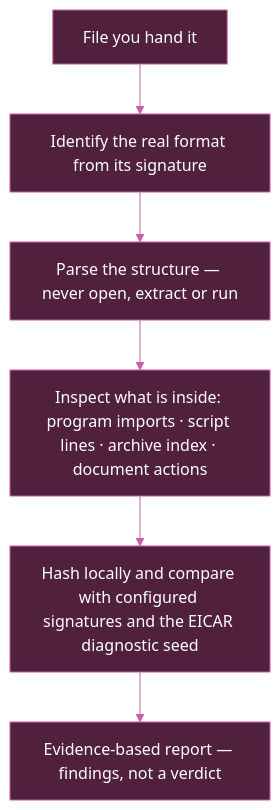
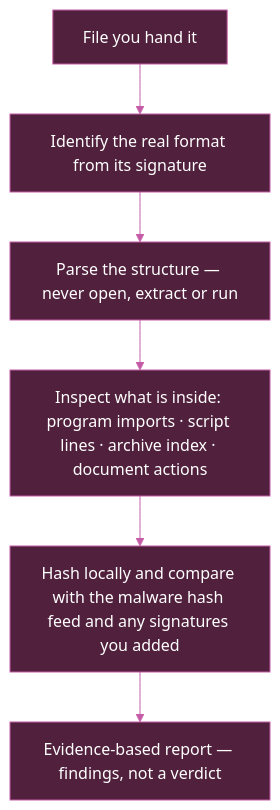
One commit to iri-dev/WardenOne changed the second of 6 diagrams in README.md. Above: the diagram before and after it, drawn with Mermaid (neutral theme). The commit also changed other lines of this file and 113 other files, not shown here.

````diff
--- a/README.md
+++ b/README.md
@@ -621,11 +631,11 @@
 ```mermaid
 flowchart TB
     Pick["File you hand it"] --> Format["Identify the real format from its signature"]
     Format --> Parse["Parse the structure — never open, extract or run"]
     Parse --> Inspect["Inspect what is inside: program imports · script lines · archive index · document actions"]
-    Inspect --> Hash["Hash locally and compare with configured signatures and the EICAR diagnostic seed"]
+    Inspect --> Hash["Hash locally and compare with the malware hash feed and any signatures you added"]
     Hash --> Report["Evidence-based report — findings, not a verdict"]
     classDef warden fill:#51203c,stroke:#c45ca7,color:#ffffff
     class Pick,Format,Parse,Inspect,Hash,Report warden
     linkStyle default stroke:#c45ca7
 ```
````
